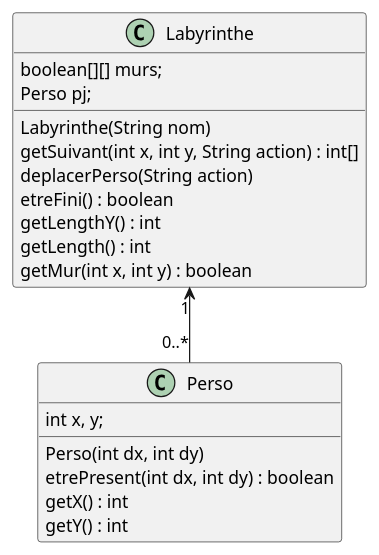
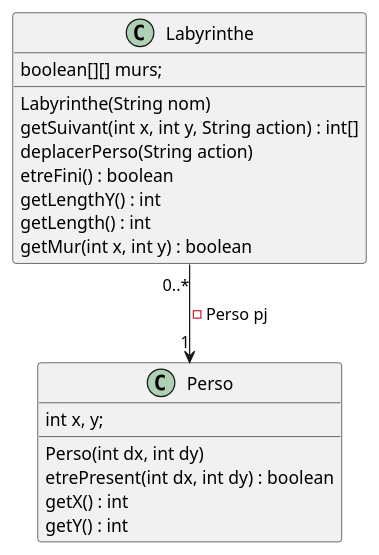
Before and after one commit to 1001ms/2023_Zeldiablo_walczak_amaglio_arcelin_berret_brun: the diagram in documents/version_1/diagClass_laby_perso.puml, drawn with PlantUML.

Commit message:
Update diagclass

```diff
--- a/documents/version_1/diagClass_laby_perso.puml
+++ b/documents/version_1/diagClass_laby_perso.puml
@@ -1,28 +1,27 @@
 @startuml
 'https://plantuml.com/class-diagram
 
 
-Labyrinthe "1" <-- "0..*" Perso
+Labyrinthe "0..*"  -->  "1" Perso : - Perso pj
 
 class Labyrinthe {
 boolean[][] murs;
-Perso pj;
 Labyrinthe(String nom)
 getSuivant(int x, int y, String action) : int[]
 deplacerPerso(String action)
 etreFini() : boolean
 getLengthY() : int
 getLength() : int
 getMur(int x, int y) : boolean
 }
 
 class Perso {
 int x, y;
 Perso(int dx, int dy)
 etrePresent(int dx, int dy) : boolean
 getX() : int
 getY() : int
 }
 
 
 @enduml
```
